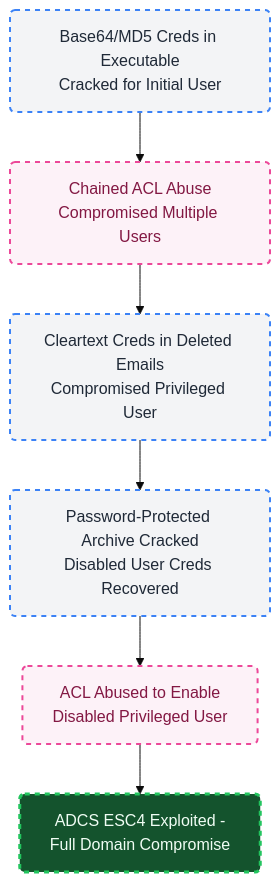
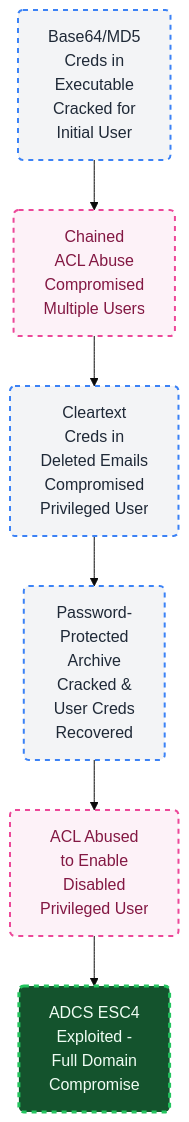
The diagram in 404bank_HackSmarter/404-bank.md (dact91/CTF-Writeups), drawn with Mermaid (base theme) before and after one commit.

````diff
--- a/404bank_HackSmarter/404-bank.md
+++ b/404bank_HackSmarter/404-bank.md
@@ -15,18 +15,23 @@
 ```mermaid
 graph TD
-    A["Base64/MD5 Creds in Executable<br>Cracked for Initial User"] --> B["Chained ACL Abuse<br>Compromised Multiple Users"]
-    B --> C["Cleartext Creds in Deleted Emails<br>Compromised Privileged User"]
-    C --> D["Password-Protected Archive Cracked<br>Disabled User Creds Recovered"]
-    D --> E["ACL Abused to Enable<br>Disabled Privileged User"]
-    E --> F["ADCS ESC4 Exploited -<br>Full Domain Compromise"]
+    A["Base64/MD5<br>Creds in<br>Executable<br>Cracked for<br>Initial User<br>"] 
+    --> B["Chained<br>ACL Abuse<br>Compromised<br>Multiple Users<br>"]
+    
+    B --> C["Cleartext<br>Creds in<br>Deleted Emails<br>Compromised<br>Privileged User<br>"]
+    
+    C --> D["Password-<br>Protected<br>Archive<br>Cracked &<br>User Creds<br>Recovered<br>"]
+    
+    D --> E["ACL Abused<br>to Enable<br>Disabled<br>Privileged User<br>"]
+    
+    E --> F["ADCS ESC4<br>Exploited -<br>Full Domain<br>Compromise<br>"]
 
     %% Custom Color Scheme
     classDef recon fill:#f3f4f6,stroke:#3b82f6,stroke-width:2px,color:#1f2937,rx:5,ry:5;
     classDef exploit fill:#fdf2f8,stroke:#ec4899,stroke-width:2px,color:#831843,rx:5,ry:5;
     classDef root fill:#14532d,stroke:#22c55e,stroke-width:3px,color:#f0fdf4,stroke-dasharray: 5 5,rx:5,ry:5;
 
     %% Assigning Classes
     class A,C,D recon;
     class B,E exploit;
     class F root;
 ```
````
